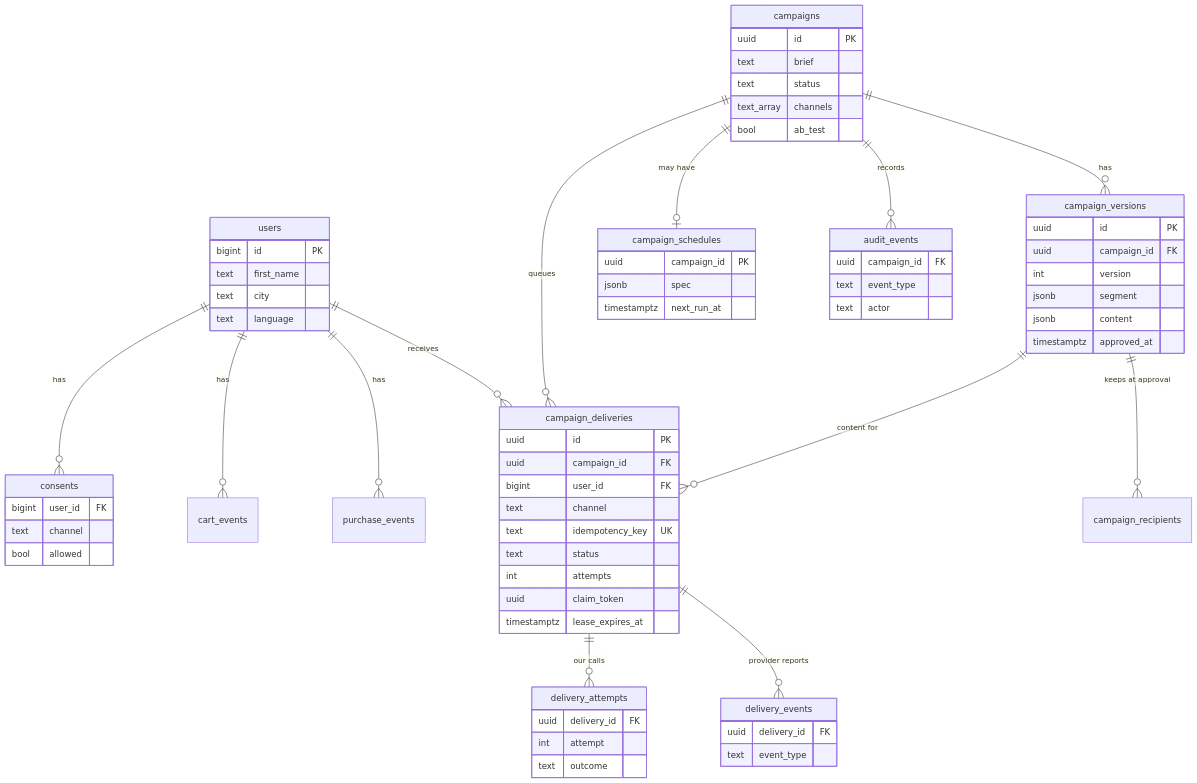
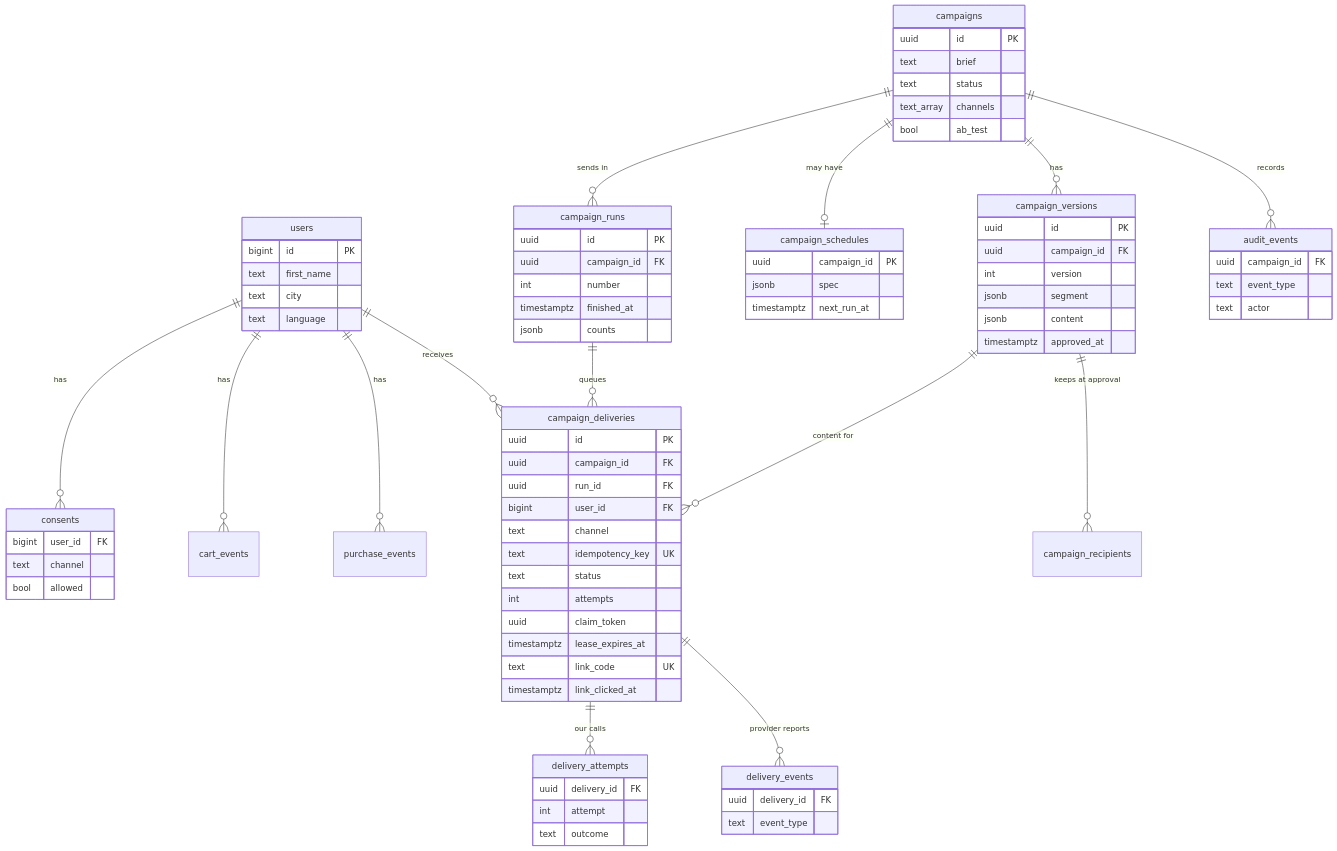
Before and after one commit to negativexq/smart-campaign-composer: the second of 2 diagrams in docs/architecture.md, drawn with Mermaid. The commit also changed other lines of this file, not shown here.

Commit message:
docs: bring the architecture page up to date with runs, the provider journal and short links

```diff
--- a/docs/architecture.md
+++ b/docs/architecture.md
@@ -74,7 +78,8 @@
     users ||--o{ campaign_deliveries : receives
     campaigns ||--o{ campaign_versions : has
     campaigns ||--o| campaign_schedules : "may have"
-    campaigns ||--o{ campaign_deliveries : queues
+    campaigns ||--o{ campaign_runs : "sends in"
+    campaign_runs ||--o{ campaign_deliveries : queues
     campaigns ||--o{ audit_events : records
     campaign_versions ||--o{ campaign_recipients : "keeps at approval"
     campaign_versions ||--o{ campaign_deliveries : "content for"
@@ -112,9 +117,17 @@
         jsonb spec
         timestamptz next_run_at
     }
+    campaign_runs {
+        uuid id PK
+        uuid campaign_id FK
+        int number
+        timestamptz finished_at
+        jsonb counts
+    }
     campaign_deliveries {
         uuid id PK
         uuid campaign_id FK
+        uuid run_id FK
         bigint user_id FK
         text channel
         text idempotency_key UK
@@ -122,6 +135,8 @@
         int attempts
         uuid claim_token
         timestamptz lease_expires_at
+        text link_code UK
+        timestamptz link_clicked_at
     }
     delivery_attempts {
         uuid delivery_id FK
```
